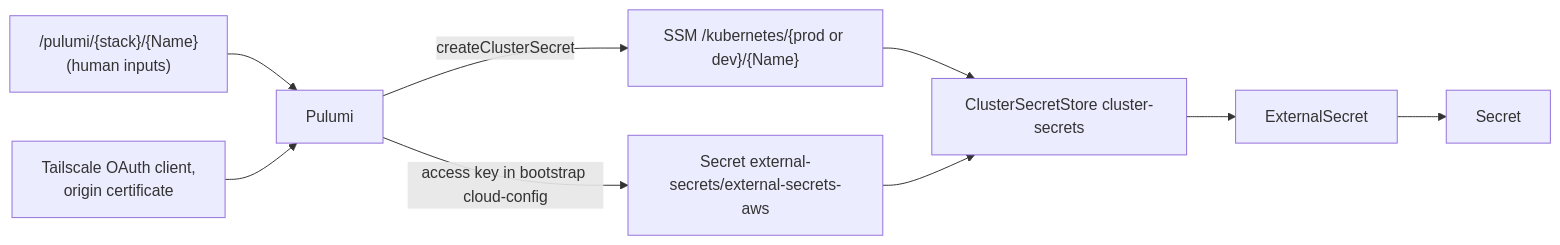
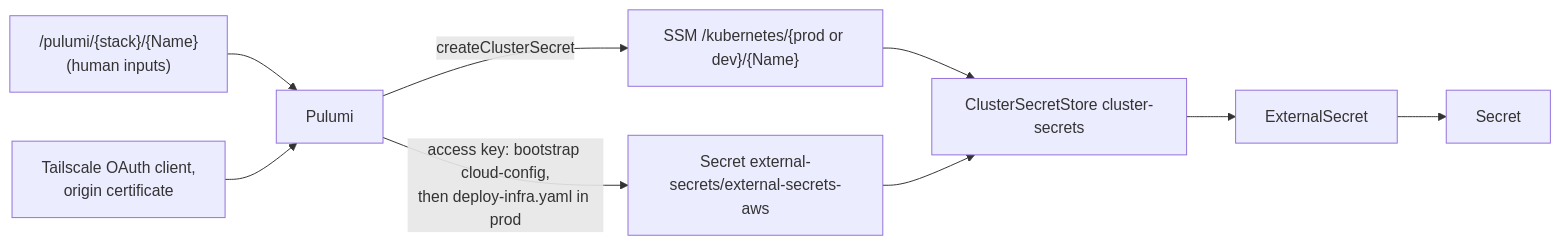
The diagram in k3s/README.md (Pandoks/pandoks.com), drawn with Mermaid before and after one commit. The commit also changed other lines of this file and 5 other files, not shown here.

First line of the commit message:
update(cluster): sync the external secrets access key to prod on deploy

````diff
--- a/k3s/README.md
+++ b/k3s/README.md
@@ -40,10 +40,10 @@
 ```mermaid
 flowchart LR
   human["/pulumi/{stack}/{Name}<br/>(human inputs)"] --> pulumi[Pulumi]
   generated["Tailscale OAuth client,<br/>origin certificate"] --> pulumi
   pulumi -->|createClusterSecret| ssm["SSM /kubernetes/{prod or dev}/{Name}"]
-  pulumi -->|access key in bootstrap cloud-config| aws["Secret external-secrets/external-secrets-aws"]
+  pulumi -->|"access key: bootstrap cloud-config,<br/>then deploy-infra.yaml in prod"| aws["Secret external-secrets/external-secrets-aws"]
   ssm --> store[ClusterSecretStore cluster-secrets]
   aws --> store
   store --> eso[ExternalSecret] --> secret[Secret]
 ```
````
